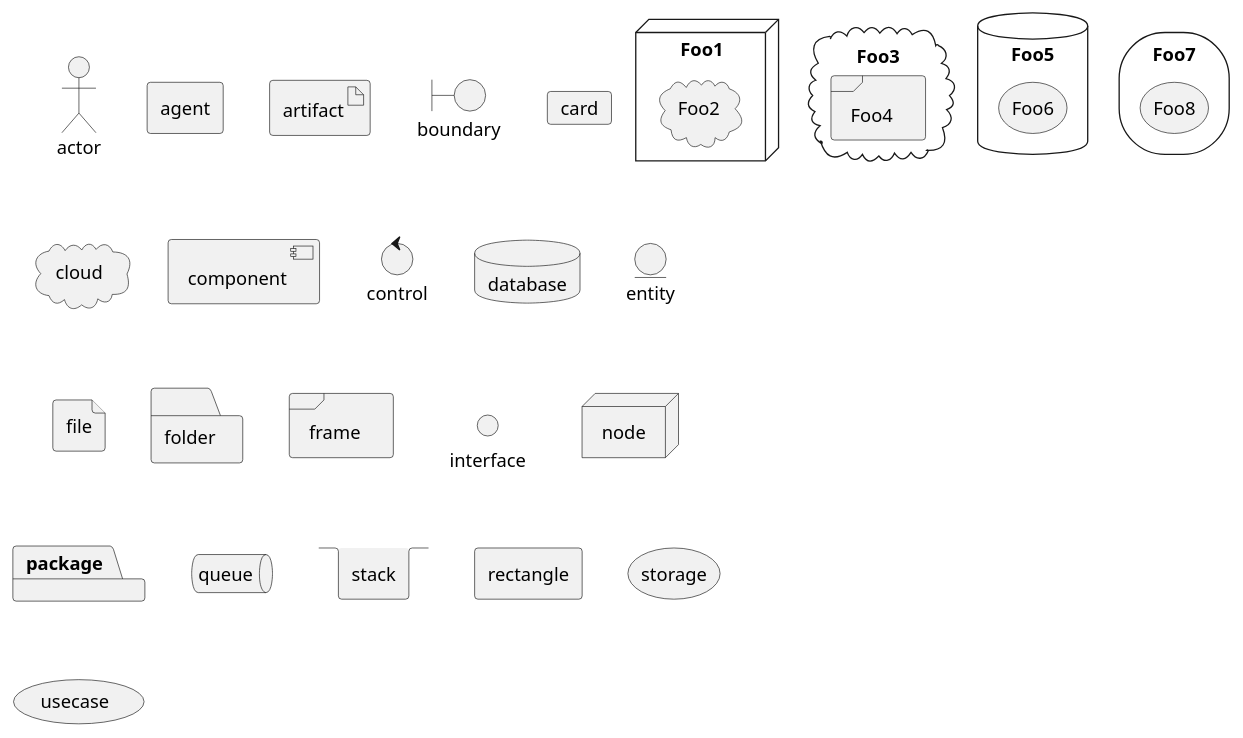
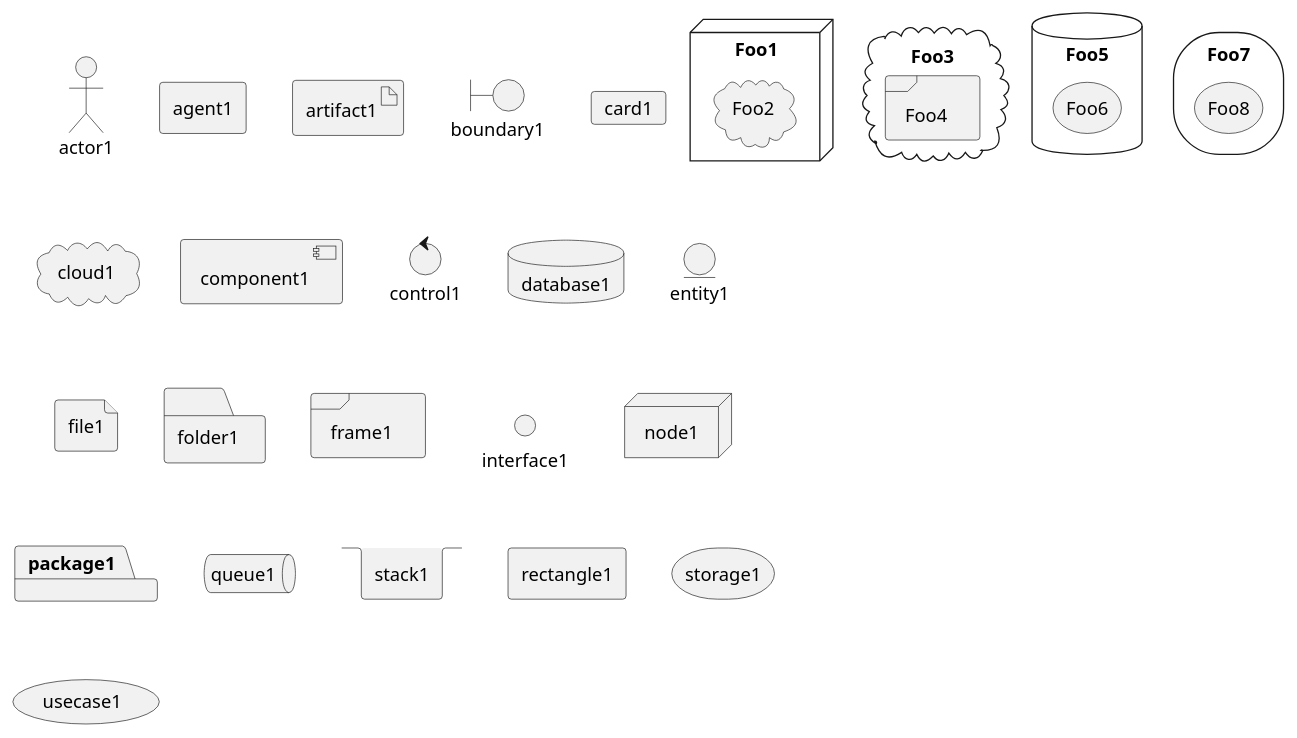
One commit to xiaocangnew/study-note changed the diagram in 基础工具学习/plantUml/基础标记.puml. Above: the diagram before and after it, drawn with PlantUML. The commit also changed 59 other files, not shown here.

```diff
--- a/基础工具学习/plantUml/基础标记.puml
+++ b/基础工具学习/plantUml/基础标记.puml
@@ -1,42 +1,42 @@
 @startuml
-actor actor
-agent agent
-artifact artifact
-boundary boundary
-card card
-cloud cloud
-component component
-control control
-database database
-entity entity
-file file
-folder folder
-frame frame
-interface  interface
-node node
-package package
-queue queue
-stack stack
-rectangle rectangle
-storage storage
-usecase usecase
+actor actor1
+agent agent1
+artifact artifact1
+boundary boundary1
+card card1
+cloud cloud1
+component component1
+control control1
+database database1
+entity entity1
+file file1
+folder folder1
+frame frame1
+interface  interface1
+node node1
+package package1
+queue queue1
+stack stack1
+rectangle rectangle1
+storage storage1
+usecase usecase1
 
 
 
 
 node Foo1 {
  cloud Foo2
 }
 
 cloud Foo3 {
   frame Foo4
 }
 
 database Foo5  {
   storage Foo6
 }
 
 storage Foo7 {
   storage Foo8
 }
 @enduml
```
